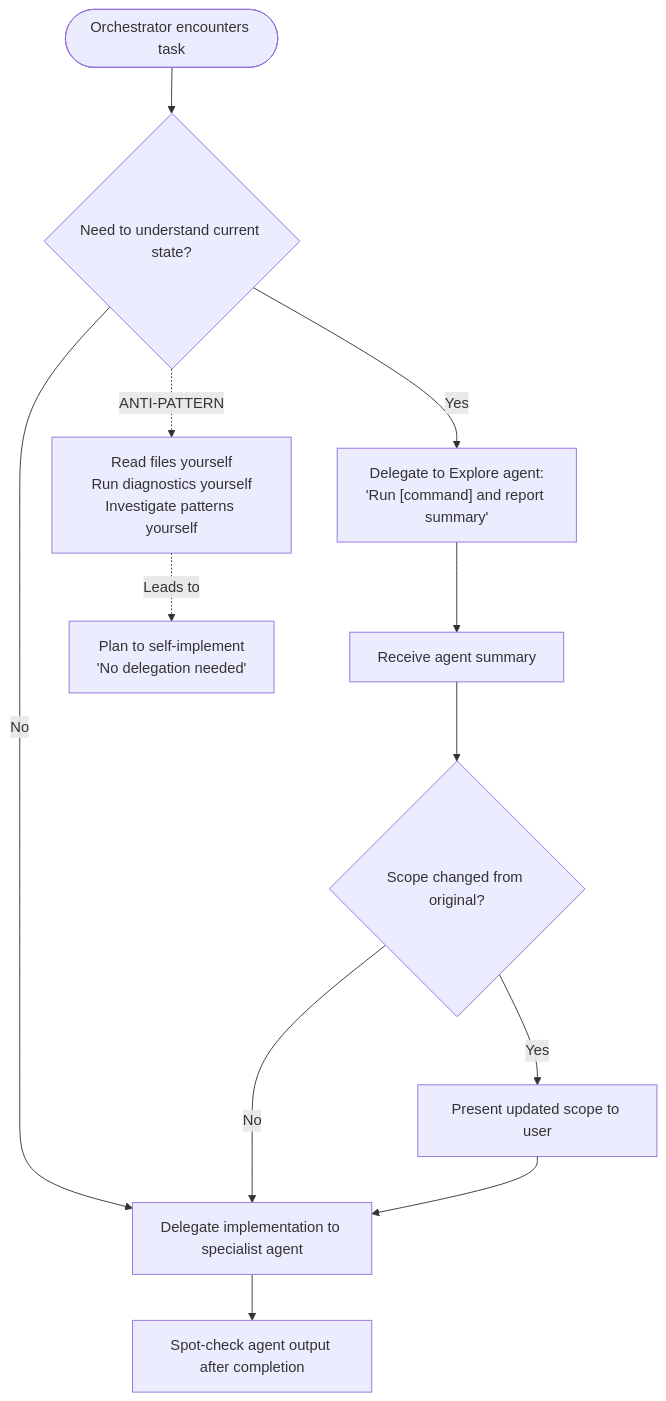
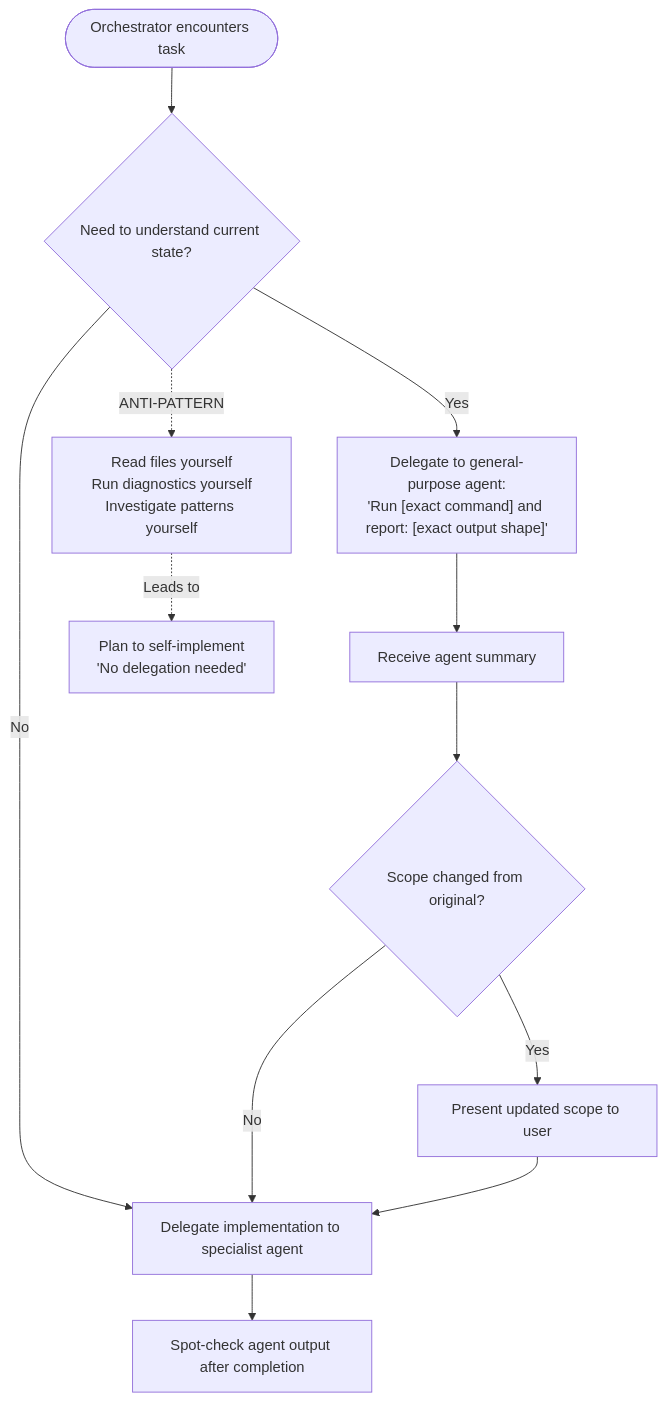
One commit to Jamie-BitFlight/claude_skills changed the first of 2 diagrams in plugins/orchestrator-discipline/CLAUDE.md. Above: the diagram before and after it, drawn with Mermaid. The commit also changed other lines of this file and 1 other file, not shown here.

First line of the commit message:
fix(orchestrator-discipline): stop routing analysis tasks to Explore

````diff
--- a/plugins/orchestrator-discipline/CLAUDE.md
+++ b/plugins/orchestrator-discipline/CLAUDE.md
@@ -48,15 +48,15 @@
 ```mermaid
 flowchart TD
     Start([Orchestrator encounters task]) --> Q1{Need to understand current state?}
-    Q1 -->|Yes| Delegate1["Delegate to Explore agent:<br>'Run [command] and report summary'"]
+    Q1 -->|Yes| Delegate1["Delegate to general-purpose agent:<br>'Run [exact command] and report: [exact output shape]'"]
     Q1 -->|No| Delegate2[Delegate implementation to specialist agent]
     Delegate1 --> Receive[Receive agent summary]
     Receive --> Q2{Scope changed from original?}
     Q2 -->|Yes| AskUser[Present updated scope to user]
     Q2 -->|No| Delegate2
     AskUser --> Delegate2
     Delegate2 --> Verify[Spot-check agent output after completion]
 
     Q1 -.->|ANTI-PATTERN| SelfRead["Read files yourself<br>Run diagnostics yourself<br>Investigate patterns yourself"]
     SelfRead -.->|Leads to| SelfImpl["Plan to self-implement<br>'No delegation needed'"]
 ```
````
